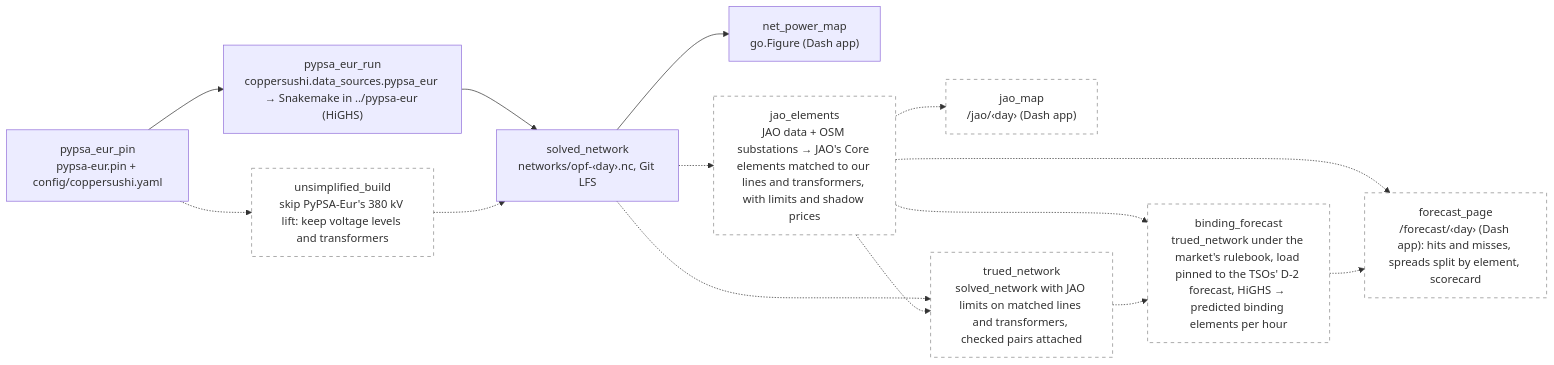
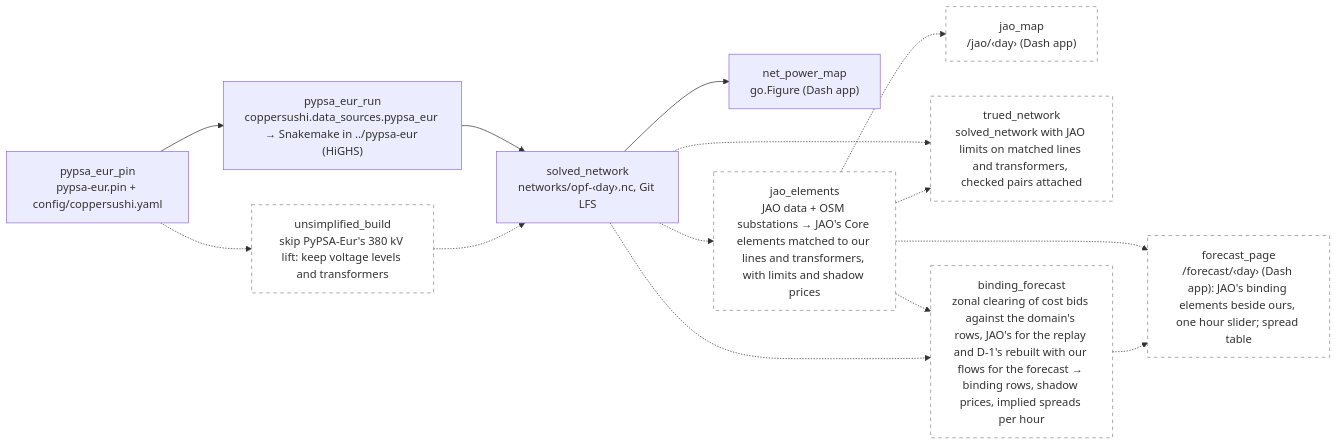
One commit to zoltanmaric/coppersushi changed the diagram in wiki/sushi-2.md. Above: the diagram before and after it, drawn with Mermaid. The commit also changed 6 other files, not shown here.

First line of the commit message:
Forecast spec from a clean slate: rebuild the rows, clear a zonal market, look

````diff
--- a/wiki/sushi-2.md
+++ b/wiki/sushi-2.md
@@ -16,31 +16,31 @@
 ```mermaid
 flowchart LR
     classDef planned stroke-dasharray: 5 5,stroke:#888,fill:none
 
     net_power_map["net_power_map<br/>go.Figure (Dash app)"]
 
     pypsa_eur_pin["pypsa_eur_pin<br/>pypsa-eur.pin + config/coppersushi.yaml"]
     pypsa_eur_run["pypsa_eur_run<br/>coppersushi.data_sources.pypsa_eur → Snakemake in ../pypsa-eur (HiGHS)"]
     solved_network["solved_network<br/>networks/opf-‹day›.nc, Git LFS"]
 
     unsimplified["unsimplified_build<br/>skip PyPSA-Eur's 380 kV lift: keep voltage levels and transformers"]:::planned
     jao_elements["jao_elements<br/>JAO data + OSM substations → JAO's Core elements matched to our lines and transformers, with limits and shadow prices"]:::planned
     jao_map["jao_map<br/>/jao/‹day› (Dash app)"]:::planned
     trued_network["trued_network<br/>solved_network with JAO limits on matched lines and transformers, checked pairs attached"]:::planned
-    binding_forecast["binding_forecast<br/>trued_network under the market's rulebook, load pinned to the TSOs' D-2 forecast, HiGHS → predicted binding elements per hour"]:::planned
-    forecast_page["forecast_page<br/>/forecast/‹day› (Dash app): hits and misses, spreads split by element, scorecard"]:::planned
+    binding_forecast["binding_forecast<br/>zonal clearing of cost bids against the domain's rows, JAO's for the replay and D-1's rebuilt with our flows for the forecast → binding rows, shadow prices, implied spreads per hour"]:::planned
+    forecast_page["forecast_page<br/>/forecast/‹day› (Dash app): JAO's binding elements beside ours, one hour slider; spread table"]:::planned
 
     pypsa_eur_pin --> pypsa_eur_run
     pypsa_eur_pin -.-> unsimplified
     unsimplified -.-> solved_network
     pypsa_eur_run --> solved_network
     solved_network --> net_power_map
     solved_network -.-> jao_elements
     jao_elements -.-> jao_map
     jao_elements -.-> trued_network
     solved_network -.-> trued_network
-    trued_network -.-> binding_forecast
+    solved_network -.-> binding_forecast
     jao_elements -.-> binding_forecast
     binding_forecast -.-> forecast_page
     jao_elements -.-> forecast_page
 ```
````
